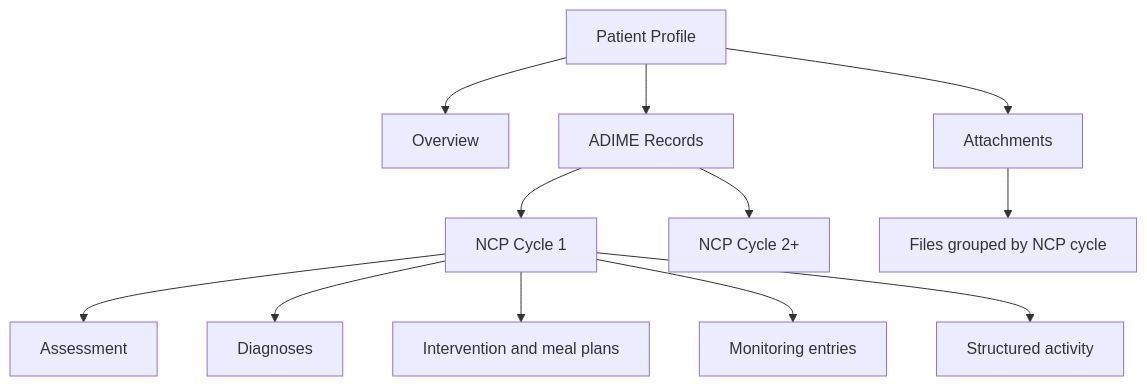
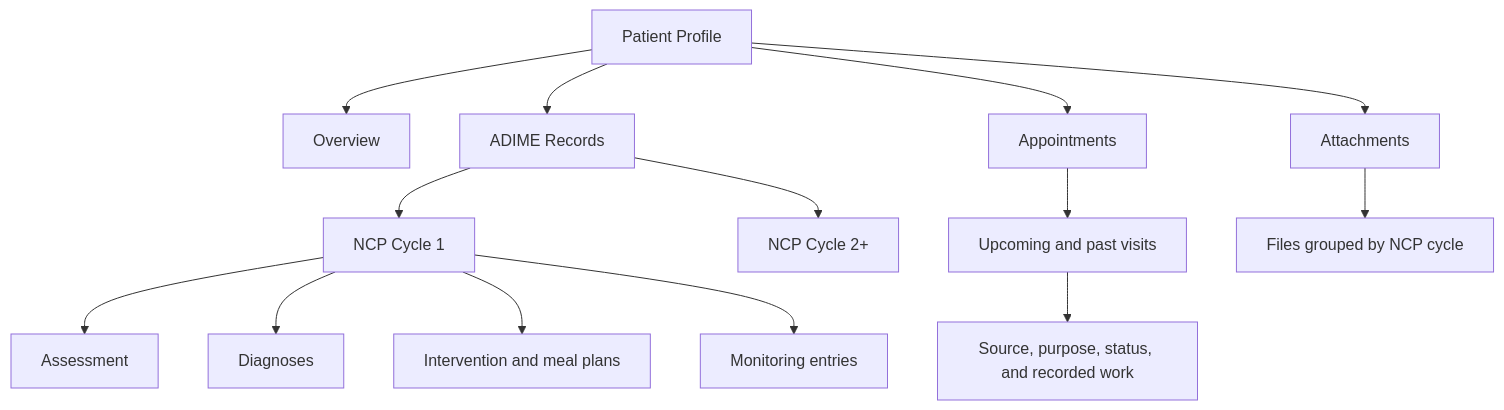
One commit to ja2gc/Nutriscope changed the third of 3 diagrams in docs/modules/Flowcharts/Clinical Care (NCP) Operations.md. Above: the diagram before and after it, drawn with Mermaid. The commit also changed other lines of this file and 54 other files, not shown here.

````diff
--- a/docs/modules/Flowcharts/Clinical Care (NCP) Operations.md
+++ b/docs/modules/Flowcharts/Clinical Care (NCP) Operations.md
@@ -78,14 +80,16 @@
 ```mermaid
 flowchart TD
     P["Patient Profile"] --> O["Overview"]
     P --> A["ADIME Records"]
+    P --> V0["Appointments"]
     P --> F["Attachments"]
     A --> C1["NCP Cycle 1"]
     A --> C2["NCP Cycle 2+"]
     C1 --> S1["Assessment"]
     C1 --> S2["Diagnoses"]
     C1 --> S3["Intervention and meal plans"]
     C1 --> S4["Monitoring entries"]
-    C1 --> S5["Structured activity"]
+    V0 --> V1["Upcoming and past visits"]
+    V1 --> V2["Source, purpose, status, and recorded work"]
     F --> F1["Files grouped by NCP cycle"]
 ```
````
